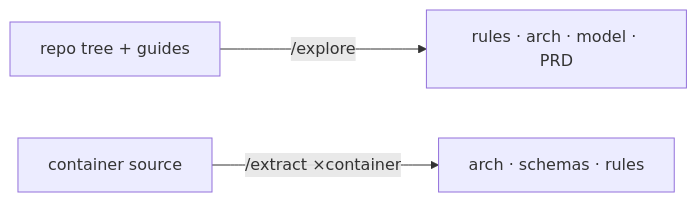
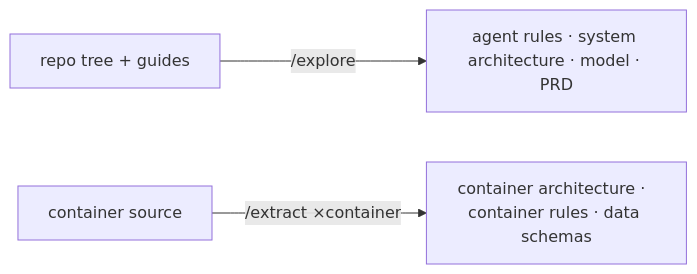
Before and after one commit to AlbertoBasalo/aiddbot-com: the second of 4 diagrams in src/content/docs/workflow.md, drawn with Mermaid. The commit also changed other lines of this file and 120 other files, not shown here.

````diff
--- a/src/content/docs/workflow.md
+++ b/src/content/docs/workflow.md
@@ -53,5 +52,5 @@
 ```mermaid
 flowchart LR
-  TREE[repo tree + guides] -->|/explore| SYS[rules · arch · model · PRD]
-  SRC[container source] -->|/extract ×container| DET[arch · schemas · rules]
+  TREE[repo tree + guides] -->|/explore| SYS[agent rules · system architecture · model · PRD]
+  SRC[container source] -->|/extract ×container| DET[container architecture ·  container rules · data schemas]
 ```
````
